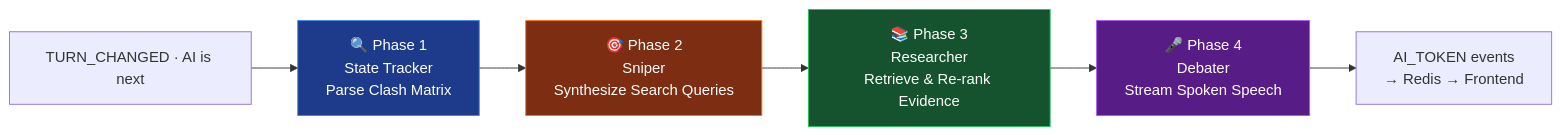
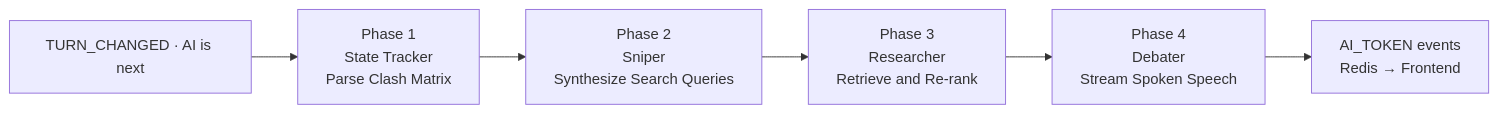
One commit to im-rk/agora-ai-engine changed the second of 4 diagrams in readme.md. Above: the diagram before and after it, drawn with Mermaid. The commit also changed other lines of this file, not shown here.

Commit message:
docs: refactor README with updated architecture overview, service responsibilities, and visual branding.

````diff
--- a/readme.md
+++ b/readme.md
@@ -198,13 +205,8 @@
 ```mermaid
 graph LR
     Trigger[TURN_CHANGED · AI is next] --> P1
-    P1[🔍 Phase 1<br/>State Tracker<br/>Parse Clash Matrix] --> P2
-    P2[🎯 Phase 2<br/>Sniper<br/>Synthesize Search Queries] --> P3
-    P3[📚 Phase 3<br/>Researcher<br/>Retrieve & Re-rank Evidence] --> P4
-    P4[🎤 Phase 4<br/>Debater<br/>Stream Spoken Speech] --> Out[AI_TOKEN events<br/>→ Redis → Frontend]
-
-    style P1 fill:#1e3a8a,stroke:#3b82f6,color:#fff
-    style P2 fill:#7c2d12,stroke:#f97316,color:#fff
-    style P3 fill:#14532d,stroke:#22c55e,color:#fff
-    style P4 fill:#581c87,stroke:#a855f7,color:#fff
+    P1[Phase 1<br/>State Tracker<br/>Parse Clash Matrix] --> P2
+    P2[Phase 2<br/>Sniper<br/>Synthesize Search Queries] --> P3
+    P3[Phase 3<br/>Researcher<br/>Retrieve and Re-rank] --> P4
+    P4[Phase 4<br/>Debater<br/>Stream Spoken Speech] --> Out[AI_TOKEN events<br/>Redis → Frontend]
 ```
````
